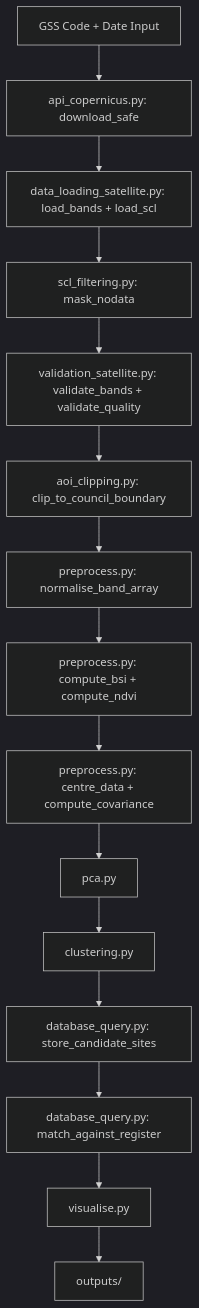
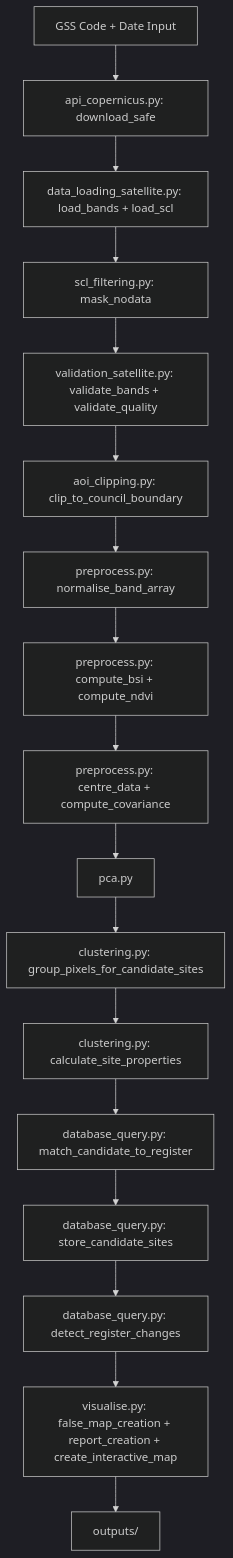
The first of 2 diagrams in DESIGN.md (LukeWardle/sentinel2-brownfield-stoke), drawn with Mermaid (dark theme) before and after one commit. The commit also changed other lines of this file and 2 other files, not shown here.

Commit message:
docs: update DESIGN.md, DATABASE.md and README.md for Version 2 completion

````diff
--- a/DESIGN.md
+++ b/DESIGN.md
@@ -112,17 +27,19 @@
 ```mermaid
 graph TD
     A[GSS Code + Date Input] --> B[api_copernicus.py: download_safe]
     B --> C[data_loading_satellite.py: load_bands + load_scl]
     C --> D[scl_filtering.py: mask_nodata]
     D --> E[validation_satellite.py: validate_bands + validate_quality]
     E --> F[aoi_clipping.py: clip_to_council_boundary]
     F --> G[preprocess.py: normalise_band_array]
     G --> H[preprocess.py: compute_bsi + compute_ndvi]
     H --> I[preprocess.py: centre_data + compute_covariance]
     I --> J[pca.py]
-    J --> K[clustering.py]
-    K --> L[database_query.py: store_candidate_sites]
-    L --> M[database_query.py: match_against_register]
-    M --> N[visualise.py]
-    N --> O[outputs/]
+    J --> K[clustering.py: group_pixels_for_candidate_sites]
+    K --> L[clustering.py: calculate_site_properties]
+    L --> M[database_query.py: match_candidate_to_register]
+    M --> N[database_query.py: store_candidate_sites]
+    N --> O[database_query.py: detect_register_changes]
+    O --> P[visualise.py: false_map_creation + report_creation + create_interactive_map]
+    P --> Q[outputs/]
 ```
````
